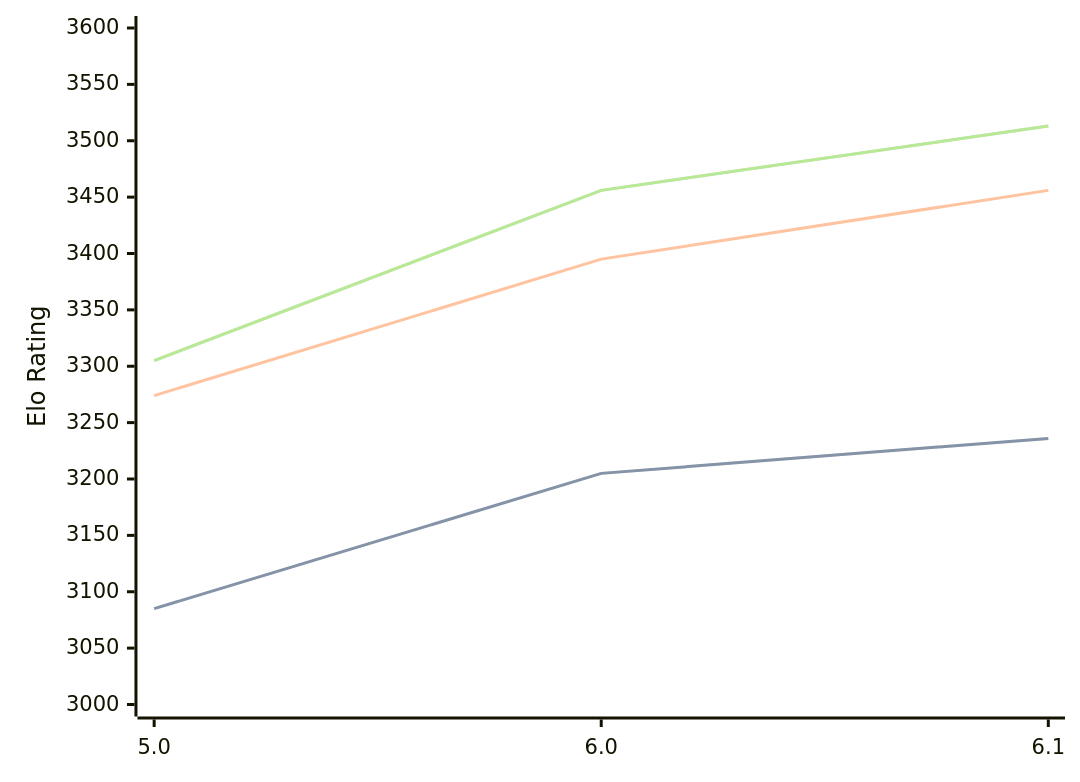
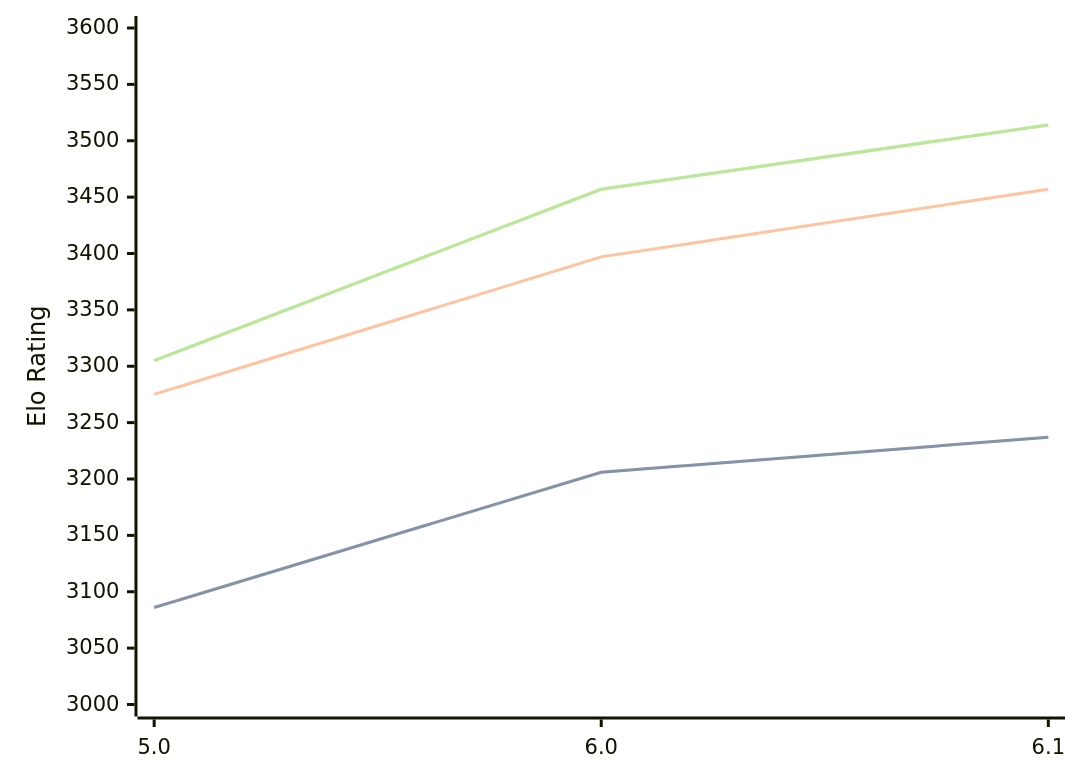
The diagram in engines/PZChessBot.md (computer-chess-index/cci), drawn with Mermaid before and after one commit. The commit also changed other lines of this file, not shown here.

Commit message:
Update CCI Ratings (ELO VLTC) - 2026-04-25

````diff
--- a/engines/PZChessBot.md
+++ b/engines/PZChessBot.md
@@ -42,11 +42,11 @@
 ```mermaid
 %%{init: {"theme":"base","themeVariables":{"seriesColors:['#a3a3a3','#222221','#faa371']}}}%%
 xychart-beta
   x-axis ["5.0", "6.0", "6.1"]
   y-axis "Elo Rating" 3000 --> 3600
-  line "STC (8.0+0.08s)" [3085, 3205, 3236]
-  line "STC (8.0+0.08s)" [3085, 3205, 3236]
-  line "LTC (60.0+0.60s)" [3274, 3395, 3456]
-  line "VLTC (2m24s+1.12s)" [3305, 3456, 3513]
-  line "VLTC (2m24s+1.12s)" [3305, 3456, 3513]
+  line "STC (8.0+0.08s)" [3086, 3206, 3237]
+  line "STC (8.0+0.08s)" [3086, 3206, 3237]
+  line "LTC (60.0+0.60s)" [3275, 3397, 3457]
+  line "VLTC (2m24s+1.12s)" [3305, 3457, 3514]
+  line "VLTC (2m24s+1.12s)" [3305, 3457, 3514]
 ```
````
